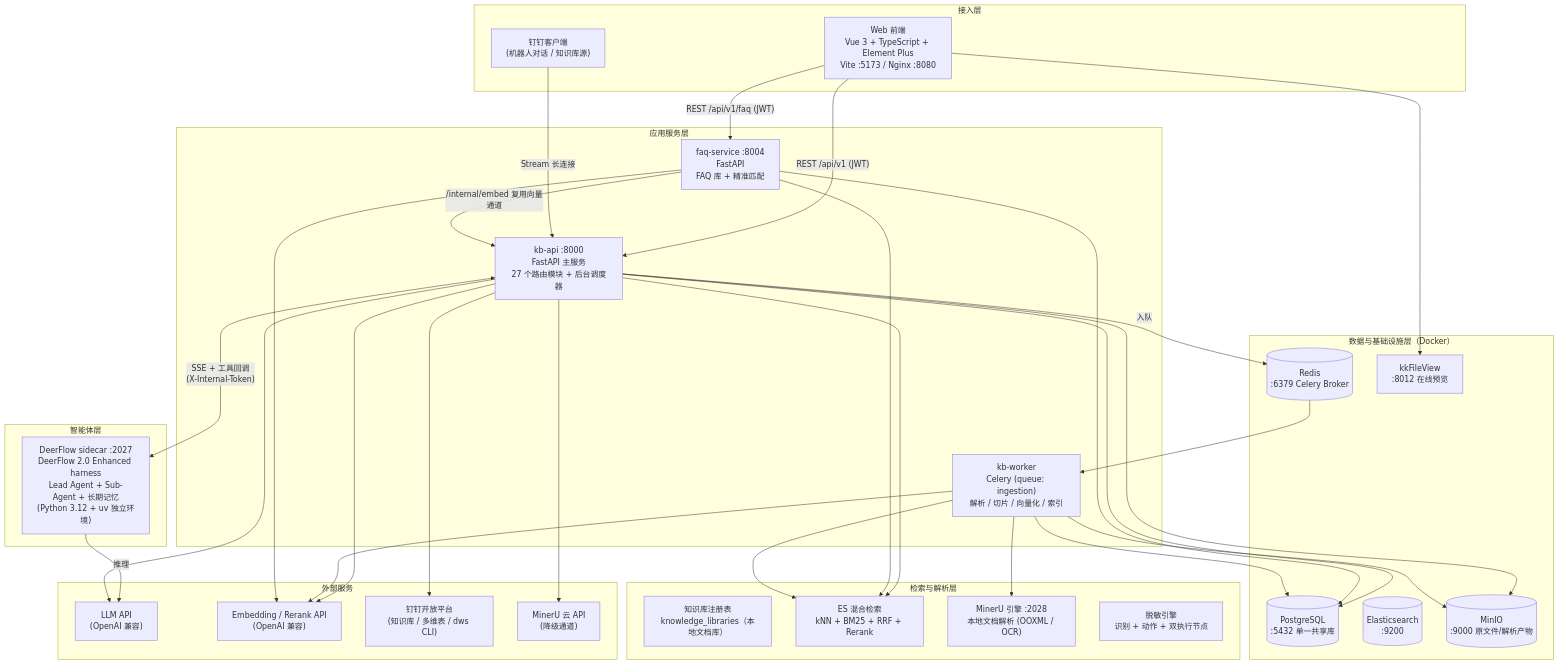
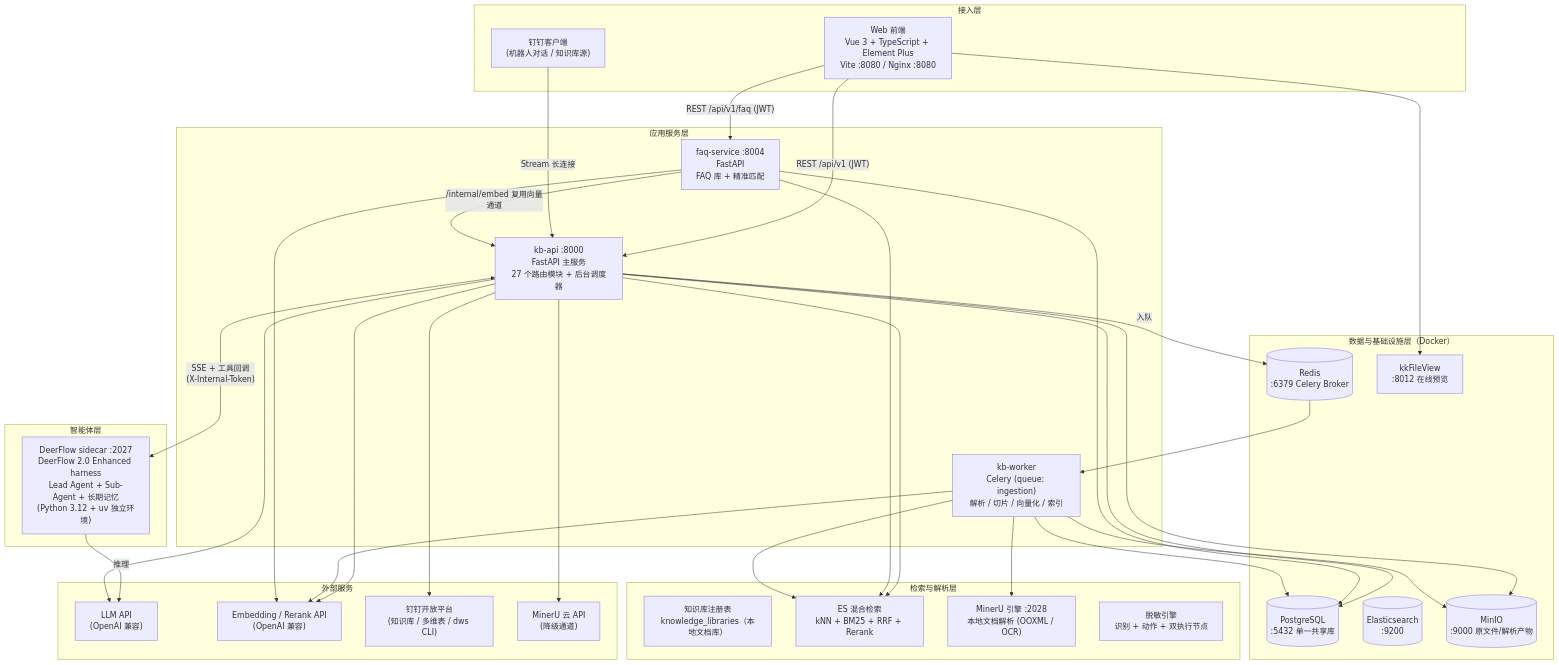
Before and after one commit to guanghuajingxin-pixel/knowledge-governance-expert: the first of 6 diagrams in docs/architecture.md, drawn with Mermaid. The commit also changed other lines of this file and 39 other files, not shown here.

````diff
--- a/docs/architecture.md
+++ b/docs/architecture.md
@@ -19,58 +19,58 @@
 ```mermaid
 flowchart TB
     subgraph L1["接入层"]
-        WEB["Web 前端<br/>Vue 3 + TypeScript + Element Plus<br/>Vite :5173 / Nginx :8080"]
+        WEB["Web 前端<br/>Vue 3 + TypeScript + Element Plus<br/>Vite :8080 / Nginx :8080"]
         DINGAPP["钉钉客户端<br/>(机器人对话 / 知识库源)"]
     end
 
     subgraph L2["智能体层"]
         DEER["DeerFlow sidecar :2027<br/>DeerFlow 2.0 Enhanced harness<br/>Lead Agent + Sub-Agent + 长期记忆<br/>(Python 3.12 + uv 独立环境)"]
     end
 
     subgraph L3["应用服务层"]
         KBAPI["kb-api :8000<br/>FastAPI 主服务<br/>27 个路由模块 + 后台调度器"]
         FAQ["faq-service :8004<br/>FastAPI<br/>FAQ 库 + 精准匹配"]
         WORKER["kb-worker<br/>Celery (queue: ingestion)<br/>解析 / 切片 / 向量化 / 索引"]
     end
 
     subgraph L4["检索与解析层"]
         SEARCH["知识库注册表<br/>knowledge_libraries（本地文档库）"]
         ESRAG["ES 混合检索<br/>kNN + BM25 + RRF + Rerank"]
         MINERU["MinerU 引擎 :2028<br/>本地文档解析 (OOXML / OCR)"]
         MASK["脱敏引擎<br/>识别 + 动作 + 双执行节点"]
     end
 
     subgraph L5["数据与基础设施层（Docker）"]
         PG[("PostgreSQL<br/>:5432 单一共享库")]
         REDIS[("Redis<br/>:6379 Celery Broker")]
         ES[("Elasticsearch<br/>:9200")]
         MINIO[("MinIO<br/>:9000 原文件/解析产物")]
         KKF["kkFileView<br/>:8012 在线预览"]
     end
 
     subgraph L6["外部服务"]
         LLM["LLM API<br/>(OpenAI 兼容)"]
         MODELS["Embedding / Rerank API<br/>(OpenAI 兼容)"]
         DING["钉钉开放平台<br/>(知识库 / 多维表 / dws CLI)"]
         MCLOUD["MinerU 云 API<br/>(降级通道)"]
     end
 
     WEB -->|"REST /api/v1 (JWT)"| KBAPI
     WEB -->|"REST /api/v1/faq (JWT)"| FAQ
     DINGAPP -->|"Stream 长连接"| KBAPI
     KBAPI <-->|"SSE + 工具回调<br/>(X-Internal-Token)"| DEER
     DEER -->|推理| LLM
     FAQ -->|"/internal/embed 复用向量通道"| KBAPI
     KBAPI -->|入队| REDIS
     REDIS --> WORKER
     KBAPI & FAQ & WORKER --> PG
     KBAPI & FAQ --> ESRAG
     WORKER --> ESRAG
     KBAPI & WORKER --> MINIO
     WORKER --> MINERU
     KBAPI --> MCLOUD
     KBAPI --> DING
     KBAPI --> LLM
     KBAPI & WORKER & FAQ --> MODELS
     WEB --> KKF
 ```
````
